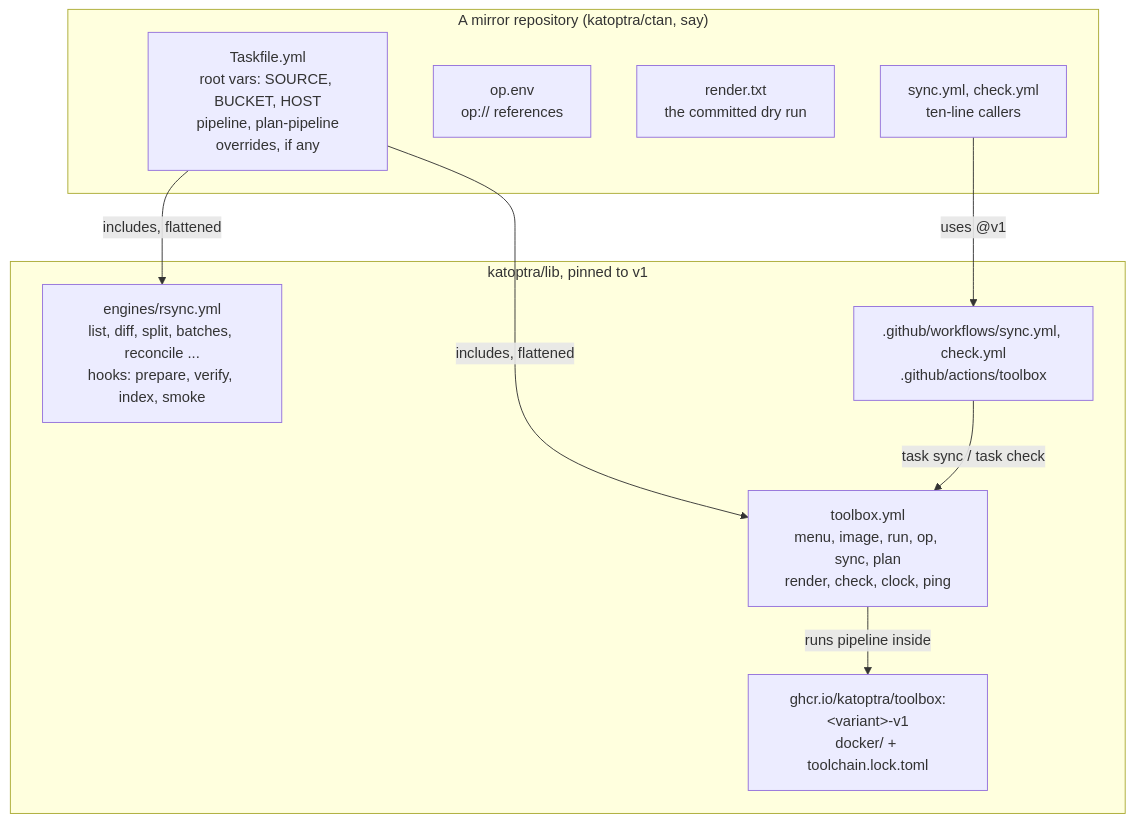
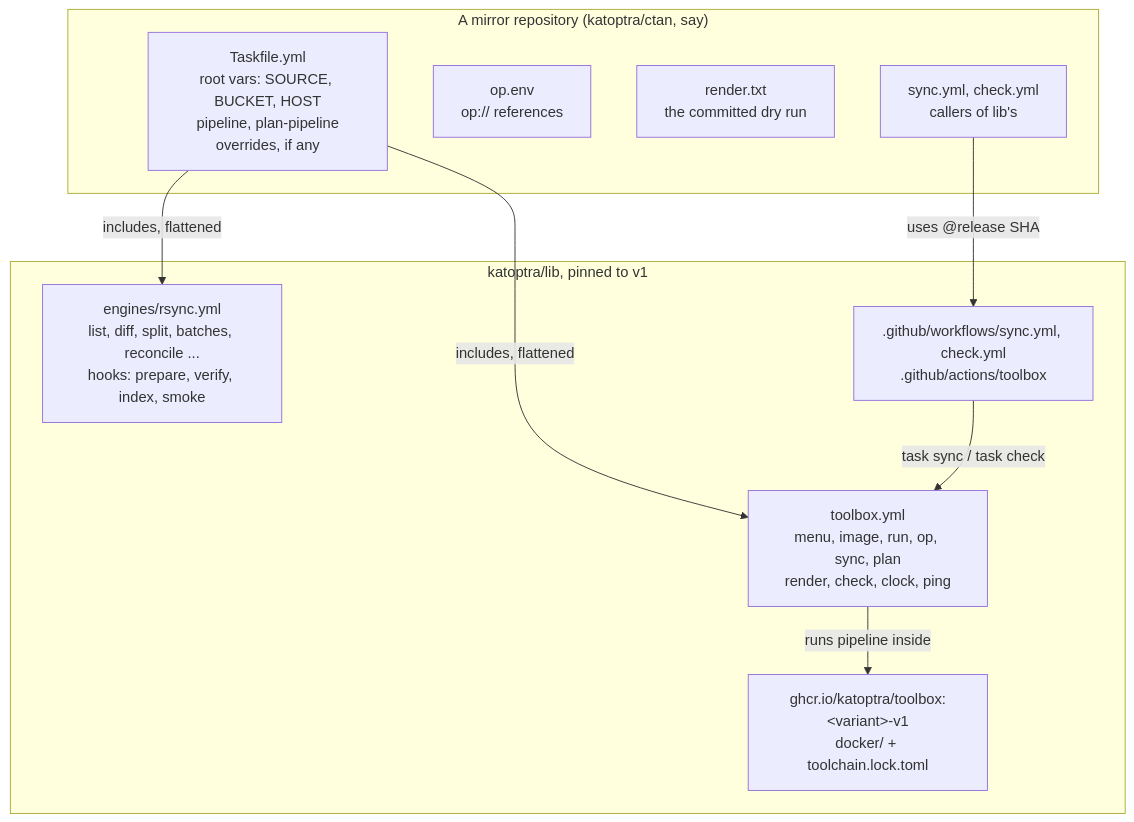
Before and after one commit to katoptra/lib: the first of 2 diagrams in README.md, drawn with Mermaid. The commit also changed other lines of this file and 30 other files, not shown here.

````diff
--- a/README.md
+++ b/README.md
@@ -14,20 +14,20 @@
 ```mermaid
 flowchart TB
   subgraph mirror["A mirror repository (katoptra/ctan, say)"]
     tf["Taskfile.yml<br/>root vars: SOURCE, BUCKET, HOST<br/>pipeline, plan-pipeline<br/>overrides, if any"]
     opv["op.env<br/>op:// references"]
     rt["render.txt<br/>the committed dry run"]
-    cw["sync.yml, check.yml<br/>ten-line callers"]
+    cw["sync.yml, check.yml<br/>callers of lib's"]
   end
   subgraph lib["katoptra/lib, pinned to v1"]
     tb["toolbox.yml<br/>menu, image, run, op, sync, plan<br/>render, check, clock, ping"]
     en["engines/rsync.yml<br/>list, diff, split, batches, reconcile ...<br/>hooks: prepare, verify, index, smoke"]
     im["ghcr.io/katoptra/toolbox:&lt;variant&gt;-v1<br/>docker/ + toolchain.lock.toml"]
     wf[".github/workflows/sync.yml, check.yml<br/>.github/actions/toolbox"]
   end
   tf -- "includes, flattened" --> tb
   tf -- "includes, flattened" --> en
   tb -- "runs pipeline inside" --> im
-  cw -- "uses @v1" --> wf
+  cw -- "uses @release SHA" --> wf
   wf -- "task sync / task check" --> tb
 ```
````
